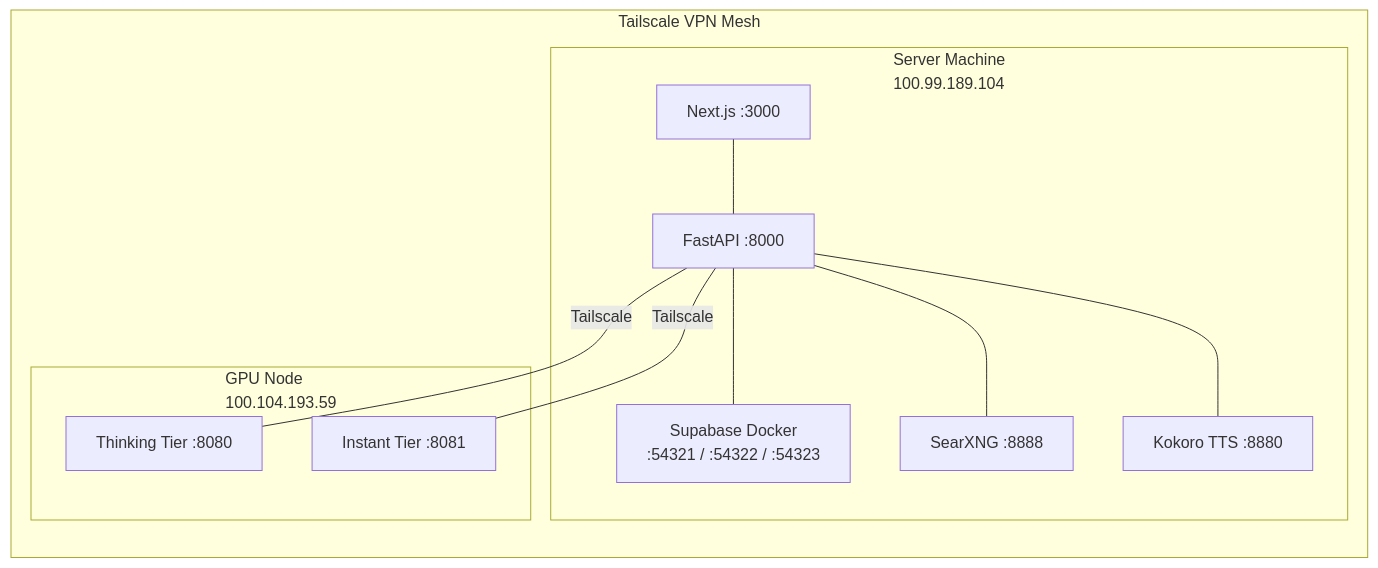
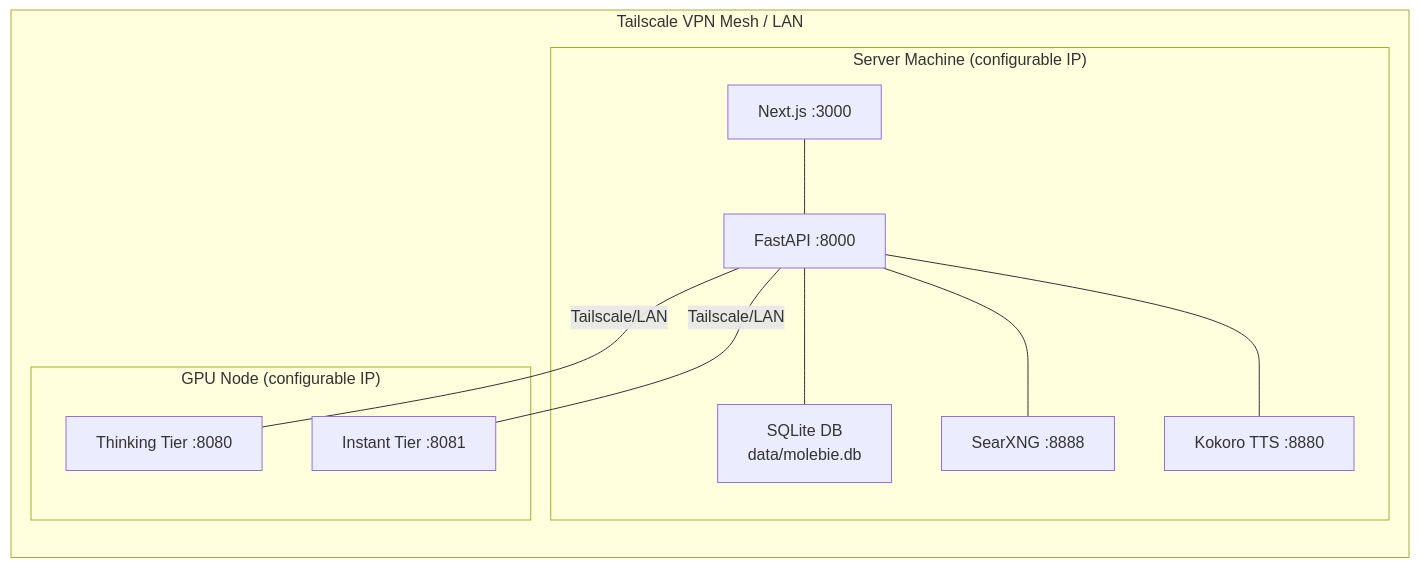
Before and after one commit to Jimmy6929/Molebie_AI: the ninth of 12 diagrams in full_system_architecture_map_730d3d3f.plan.md, drawn with Mermaid. The commit also changed other lines of this file, not shown here.

First line of the commit message:
Replace Supabase with SQLite & add memories

````diff
--- a/full_system_architecture_map_730d3d3f.plan.md
+++ b/full_system_architecture_map_730d3d3f.plan.md
@@ -469,23 +544,23 @@
 ```mermaid
 graph LR
-    subgraph tailnet [Tailscale VPN Mesh]
-        subgraph server ["Server Machine\n100.99.189.104"]
+    subgraph tailnet [Tailscale VPN Mesh / LAN]
+        subgraph server ["Server Machine (configurable IP)"]
             next["Next.js :3000"]
             fastapi["FastAPI :8000"]
-            supa["Supabase Docker\n:54321 / :54322 / :54323"]
+            sqlite["SQLite DB\ndata/molebie.db"]
             searx["SearXNG :8888"]
             kokoro["Kokoro TTS :8880"]
         end
-        subgraph gpu ["GPU Node\n100.104.193.59"]
+        subgraph gpu ["GPU Node (configurable IP)"]
             thinking["Thinking Tier :8080"]
             instant["Instant Tier :8081"]
         end
     end
 
     next --- fastapi
-    fastapi --- supa
+    fastapi --- sqlite
     fastapi --- searx
     fastapi --- kokoro
-    fastapi ---|"Tailscale"| thinking
-    fastapi ---|"Tailscale"| instant
+    fastapi ---|"Tailscale/LAN"| thinking
+    fastapi ---|"Tailscale/LAN"| instant
 ```
````
